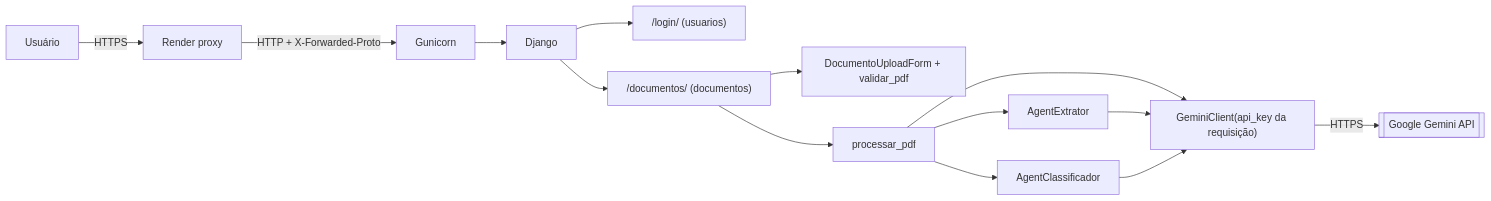
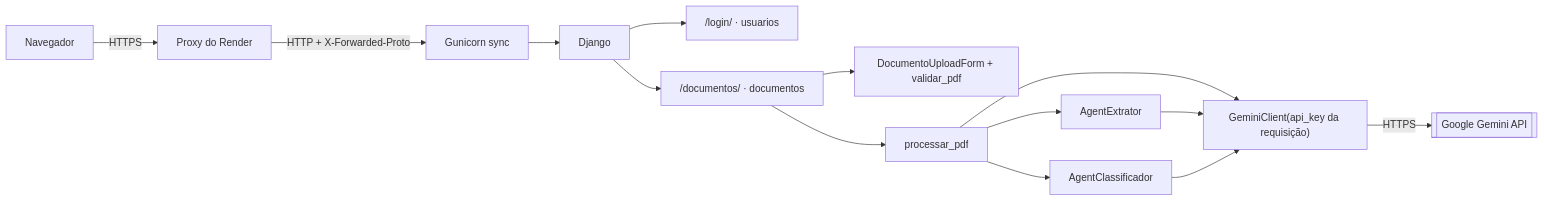
One commit to PedroSimon1/gestao-rural changed the first of 6 diagrams in ContextoProjeto.md. Above: the diagram before and after it, drawn with Mermaid. The commit also changed other lines of this file and 8 other files, not shown here.

````diff
--- a/ContextoProjeto.md
+++ b/ContextoProjeto.md
@@ -161,16 +381,16 @@
 ```mermaid
 flowchart LR
-    U[Usuário] -->|HTTPS| R[Render proxy]
-    R -->|HTTP + X-Forwarded-Proto| G[Gunicorn]
+    U[Navegador] -->|HTTPS| R[Proxy do Render]
+    R -->|HTTP + X-Forwarded-Proto| G[Gunicorn sync]
     G --> D[Django]
-    D --> L["/login/ (usuarios)"]
-    D --> V["/documentos/ (documentos)"]
+    D --> L["/login/ · usuarios"]
+    D --> V["/documentos/ · documentos"]
     V --> F[DocumentoUploadForm + validar_pdf]
     V --> P[processar_pdf]
     P --> C["GeminiClient(api_key da requisição)"]
     P --> E[AgentExtrator]
     P --> K[AgentClassificador]
     E --> C
     K --> C
     C -->|HTTPS| GEM[[Google Gemini API]]
 ```
````
